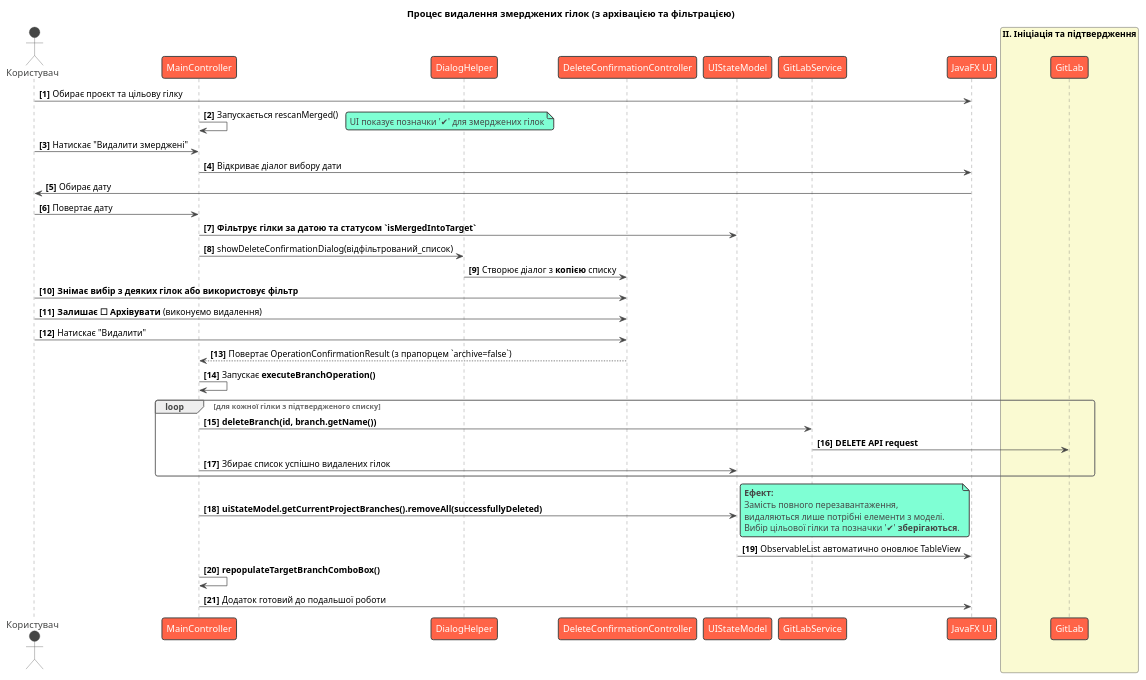
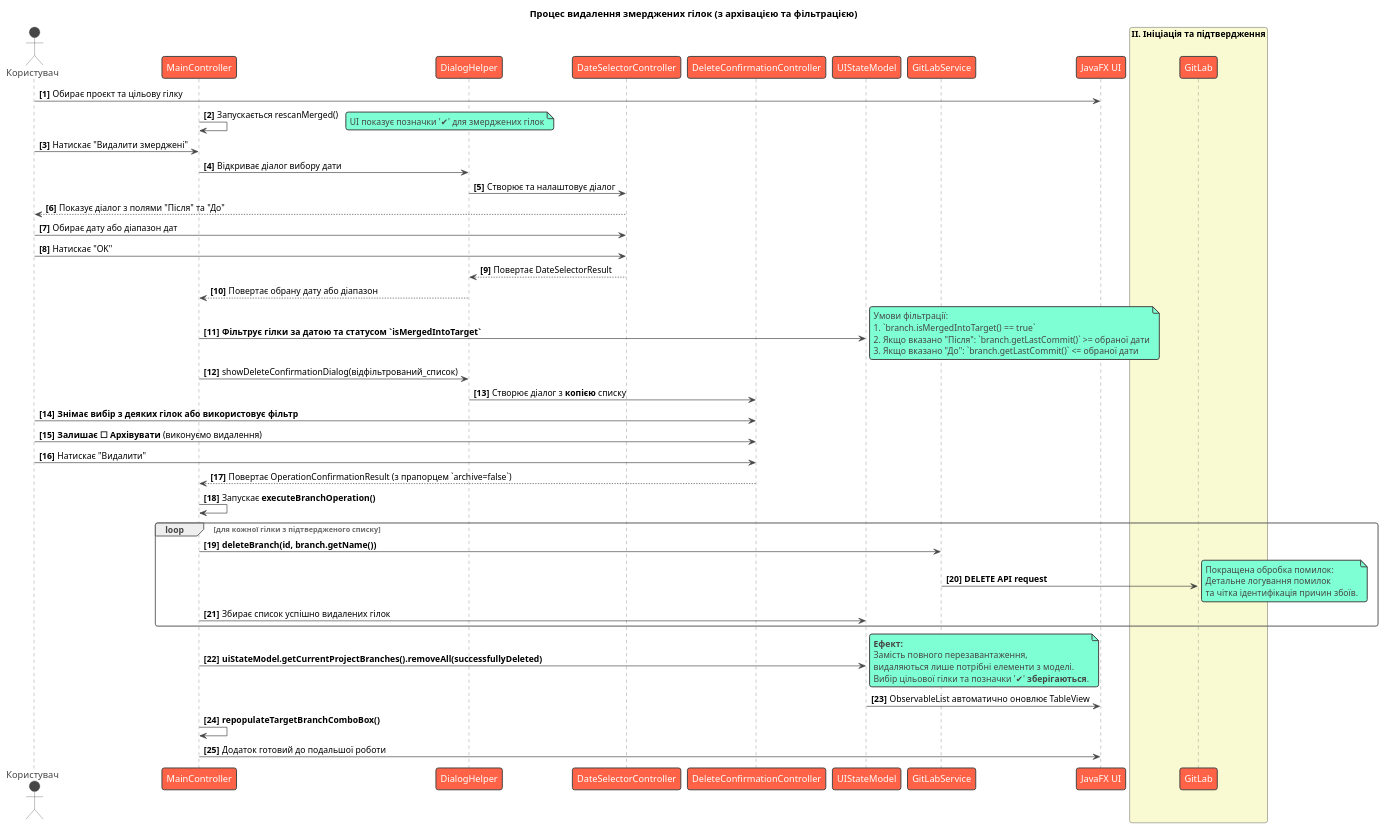
One commit to pashkazp/gitlaberfx changed the diagram in src/main/docs/delete_merged.puml. Above: the diagram before and after it, drawn with PlantUML. The commit also changed 10 other files, not shown here.

```diff
--- a/src/main/docs/delete_merged.puml
+++ b/src/main/docs/delete_merged.puml
@@ -1,60 +1,76 @@
 @startuml
 !theme vibrant
 title Процес видалення змерджених гілок (з архівацією та фільтрацією)
 
 actor Користувач as User
 participant "MainController" as Controller
 participant "DialogHelper" as Helper
+participant "DateSelectorController" as DateSelector
 participant "DeleteConfirmationController" as Dialog
 participant "UIStateModel" as Model
 participant "GitLabService" as Service
 participant "JavaFX UI" as UI
 
 autonumber "<b>[0]"
 
 box "I. Підготовка" #LightCyan
     User -> UI: Обирає проєкт та цільову гілку
     Controller -> Controller: Запускається rescanMerged()
     note right: UI показує позначки '✔' для змерджених гілок
 end box
 
 box "II. Ініціація та підтвердження" #LightGoldenRodYellow
     User -> Controller: Натискає "Видалити змерджені"
-    Controller -> UI: Відкриває діалог вибору дати
-    UI -> User: Обирає дату
-    User -> Controller: Повертає дату
+    Controller -> Helper: Відкриває діалог вибору дати
+    Helper -> DateSelector: Створює та налаштовує діалог
+    DateSelector --> User: Показує діалог з полями "Після" та "До"
+    User -> DateSelector: Обирає дату або діапазон дат
+    User -> DateSelector: Натискає "OK"
+    DateSelector --> Helper: Повертає DateSelectorResult
+    Helper --> Controller: Повертає обрану дату або діапазон
 
     Controller -> Model: **Фільтрує гілки за датою та статусом `isMergedIntoTarget`**
+    note right
+        Умови фільтрації:
+        1. `branch.isMergedIntoTarget() == true`
+        2. Якщо вказано "Після": `branch.getLastCommit()` >= обраної дати
+        3. Якщо вказано "До": `branch.getLastCommit()` <= обраної дати
+    end note
 
     Controller -> Helper: showDeleteConfirmationDialog(відфільтрований_список)
     Helper -> Dialog: Створює діалог з **копією** списку
 
     User -> Dialog: **Знімає вибір з деяких гілок або використовує фільтр**
     User -> Dialog: **Залишає ☐ Архівувати** (виконуємо видалення)
     User -> Dialog: Натискає "Видалити"
     Dialog --> Controller: Повертає OperationConfirmationResult (з прапорцем `archive=false`)
 
     Controller -> Controller: Запускає **executeBranchOperation()**
     loop для кожної гілки з підтвердженого списку
         Controller -> Service: **deleteBranch(id, branch.getName())**
         Service -> GitLab: **DELETE API request**
+        note right
+            Покращена обробка помилок:
+            Детальне логування помилок
+            та чітка ідентифікація причин збоїв.
+        end note
         Controller -> Model: Збирає список успішно видалених гілок
     end
 end box
 
 box "III. Елегантне оновлення UI" #LightGreen
     Controller -> Model: **uiStateModel.getCurrentProjectBranches().removeAll(successfullyDeleted)**
     note right
         **Ефект:**
         Замість повного перезавантаження,
         видаляються лише потрібні елементи з моделі.
         Вибір цільової гілки та позначки '✔' **зберігаються**.
     end note
 
     Model -> UI: ObservableList автоматично оновлює TableView
     Controller -> Controller: **repopulateTargetBranchComboBox()**
 
     Controller -> UI: Додаток готовий до подальшої роботи
 end box
 
 @enduml
```
